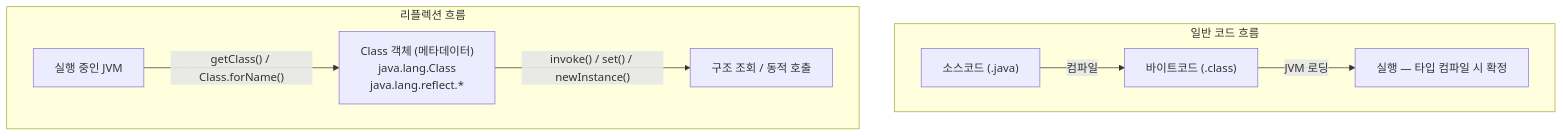
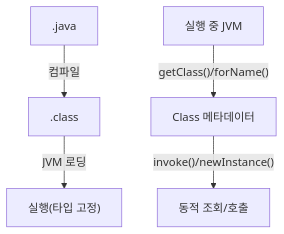
The first of 4 diagrams in _posts/java/2026-05-01-java-reflection.md (yjkim2015/yjkim2015.github.io), drawn with Mermaid before and after one commit. The commit also changed other lines of this file and 215 other files, not shown here.

First line of the commit message:
신규 포스트 10개 추가 + Mermaid 전면 축소 + SystemDesign 시리즈 보강

````diff
--- a/_posts/java/2026-05-01-java-reflection.md
+++ b/_posts/java/2026-05-01-java-reflection.md
@@ -24,18 +24,6 @@
 ```mermaid
 graph TD
-    subgraph "일반 코드 흐름"
-        S1["소스코드 (.java)"]
-        B1["바이트코드 (.class)"]
-        E1["실행 — 타입 컴파일 시 확정"]
-        S1 -->|"컴파일"| B1 -->|"JVM 로딩"| E1
-    end
-
-    subgraph "리플렉션 흐름"
-        JVM["실행 중인 JVM"]
-        META["Class 객체 (메타데이터)
-        java.lang.Class
-        java.lang.reflect.*"]
-        OP["구조 조회 / 동적 호출"]
-        JVM -->|"getClass() / Class.forName()"| META -->|"invoke() / set() / newInstance()"| OP
-    end
+    S1[".java"] -->|"컴파일"| B1[".class"] -->|"JVM 로딩"| E1["실행(타입 고정)"]
+    JVM["실행 중 JVM"] -->|"getClass()/forName()"| META["Class 메타데이터"]
+    META -->|"invoke()/newInstance()"| OP["동적 조회/호출"]
 ```
````
